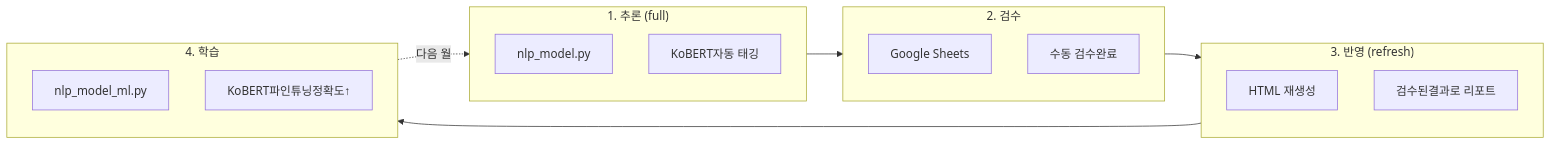
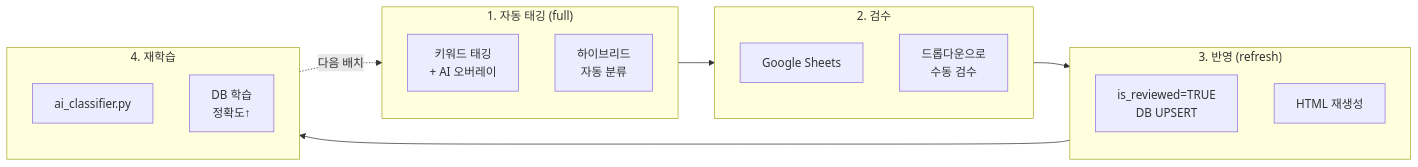
Before and after one commit to dasoldasol/dasoldasol.github.io: the third of 3 diagrams in _posts/2026-01-16-voc-nlp-pipeline.md, drawn with Mermaid. The commit also changed other lines of this file and 1 other file, not shown here.

Commit message:
docs : voc nlp 블로그 포스트 업데이트

````diff
--- a/_posts/2026-01-16-voc-nlp-pipeline.md
+++ b/_posts/2026-01-16-voc-nlp-pipeline.md
@@ -207,25 +309,25 @@
 ```mermaid
 flowchart LR
-    subgraph Step1["1. 추론 (full)"]
-        A1[nlp_model.py]
-        A2[KoBERT자동 태깅]
+    subgraph Step1["1. 자동 태깅 (full)"]
+        A1["키워드 태깅<br/>+ AI 오버레이"]
+        A2["하이브리드<br/>자동 분류"]
     end
-    
+
     subgraph Step2["2. 검수"]
         B1[Google Sheets]
-        B2[수동 검수완료]
+        B2["드롭다운으로<br/>수동 검수"]
     end
-    
+
     subgraph Step3["3. 반영 (refresh)"]
-        C1[HTML 재생성]
-        C2[검수된결과로 리포트]
+        C1["is_reviewed=TRUE<br/>DB UPSERT"]
+        C2[HTML 재생성]
     end
-    
-    subgraph Step4["4. 학습"]
-        D1[nlp_model_ml.py]
-        D2[KoBERT파인튜닝정확도↑]
+
+    subgraph Step4["4. 재학습"]
+        D1[ai_classifier.py]
+        D2["DB 학습<br/>정확도↑"]
     end
-    
+
     Step1 --> Step2 --> Step3 --> Step4
-    Step4 -.->|다음 월| Step1
+    Step4 -.->|다음 배치| Step1
 ```
````
